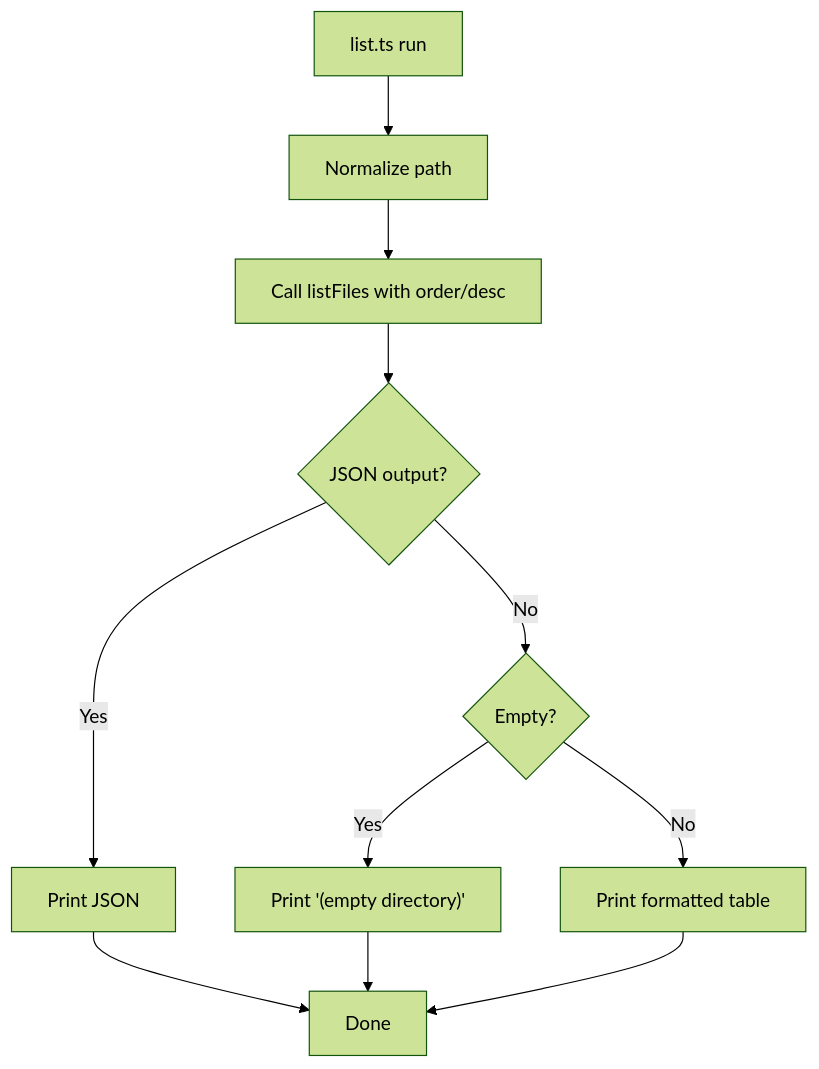
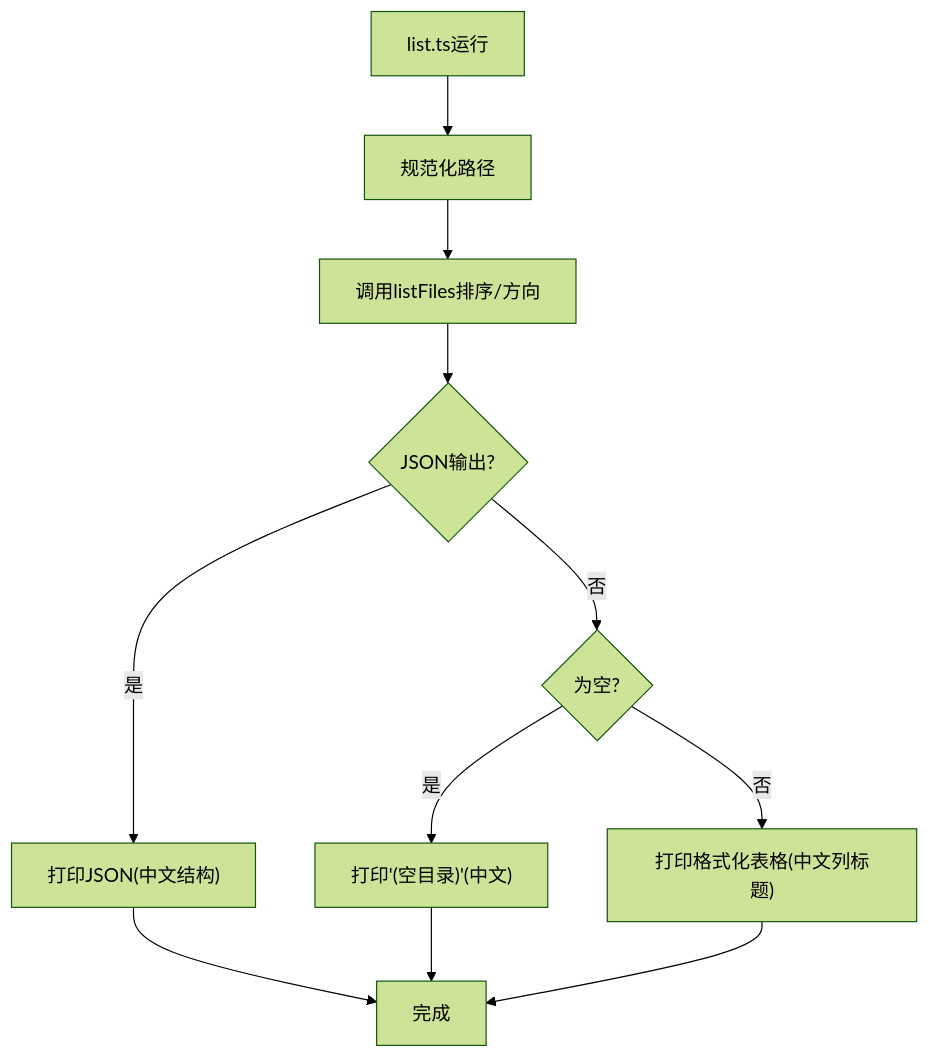
The sixth of 7 diagrams in .qoder/repowiki/en/content/Project Overview.md (yuexiaoliang/baiduwangpan-manager), drawn with Mermaid (forest theme) before and after one commit. The commit also changed other lines of this file and 30 other files, not shown here.

````diff
--- a/.qoder/repowiki/en/content/Project Overview.md
+++ b/.qoder/repowiki/en/content/Project Overview.md
@@ -313,13 +340,13 @@
 ```mermaid
 flowchart TD
-LStart["list.ts run"] --> Normalize["Normalize path"]
-Normalize --> CallAPI["Call listFiles with order/desc"]
-CallAPI --> JSONCheck{"JSON output?"}
-JSONCheck --> |Yes| PrintJSON["Print JSON"]
-JSONCheck --> |No| EmptyCheck{"Empty?"}
-EmptyCheck --> |Yes| PrintEmpty["Print '(empty directory)'"]
-EmptyCheck --> |No| PrintTable["Print formatted table"]
-PrintJSON --> LEnd["Done"]
+LStart["list.ts运行"] --> Normalize["规范化路径"]
+Normalize --> CallAPI["调用listFiles排序/方向"]
+CallAPI --> JSONCheck{"JSON输出?"}
+JSONCheck --> |是| PrintJSON["打印JSON(中文结构)"]
+JSONCheck --> |否| EmptyCheck{"为空?"}
+EmptyCheck --> |是| PrintEmpty["打印'(空目录)'(中文)"]
+EmptyCheck --> |否| PrintTable["打印格式化表格(中文列标题)"]
+PrintJSON --> LEnd["完成"]
 PrintEmpty --> LEnd
 PrintTable --> LEnd
 ```
````
